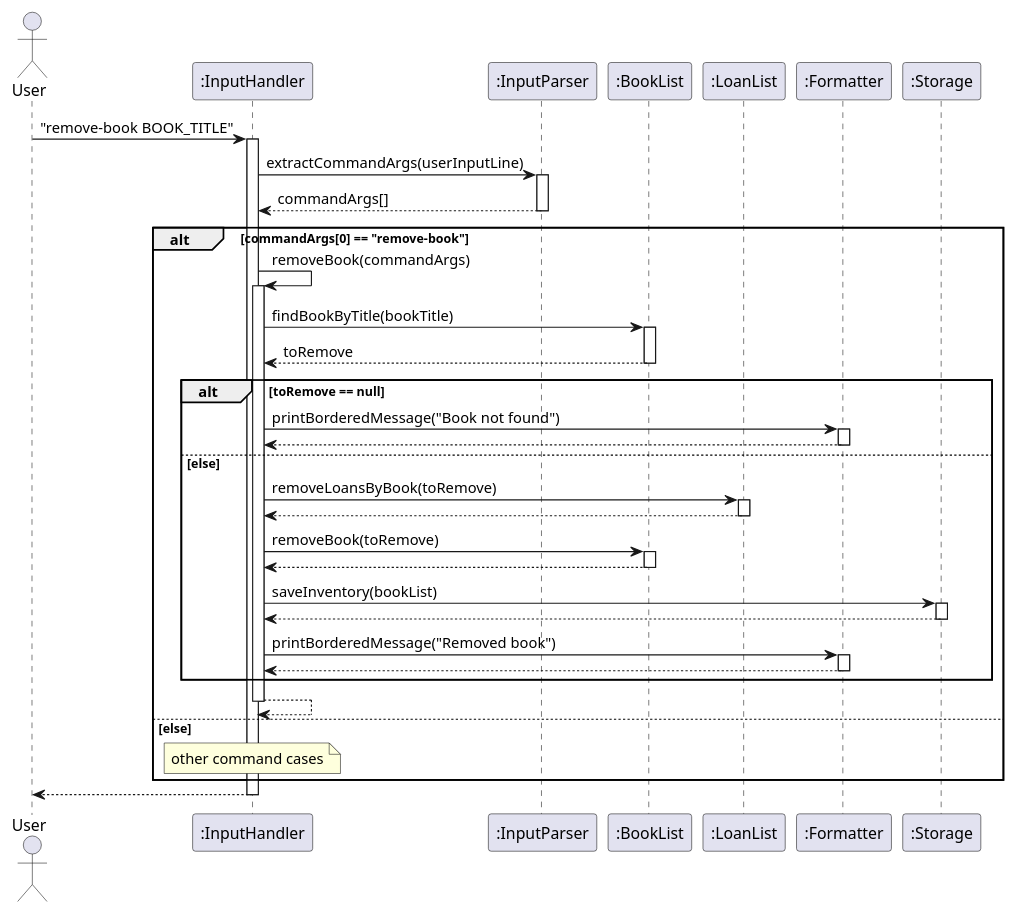
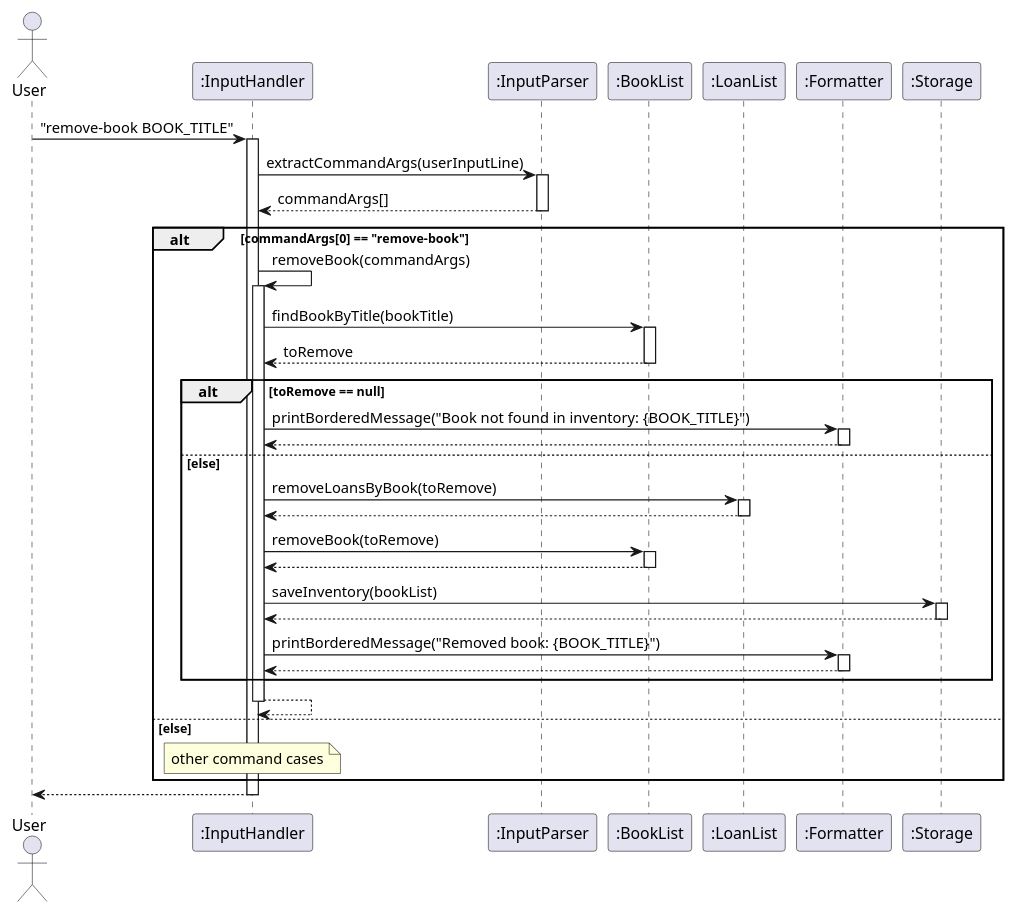
Before and after one commit to AY2425S2-CS2113-T12-2/tp: the diagram in docs/diagrams/removeBook.puml, drawn with PlantUML.

Commit message:
edit success message printing in sequence diagram for removebook to reflect actual output

```diff
--- a/docs/diagrams/removeBook.puml
+++ b/docs/diagrams/removeBook.puml
@@ -1,59 +1,59 @@
 @startuml
 actor User
 participant InputHandler as ":InputHandler"
 participant InputParser as ":InputParser"
 participant BookList as ":BookList"
 participant LoanList as ":LoanList"
 participant Formatter as ":Formatter"
 participant Storage as ":Storage"
 
 User -> InputHandler: "remove-book BOOK_TITLE"
 activate InputHandler
 
     InputHandler -> InputParser: extractCommandArgs(userInputLine)
     activate InputParser
     InputParser --> InputHandler: commandArgs[]
     deactivate InputParser
     alt commandArgs[0] == "remove-book"
         InputHandler -> InputHandler: removeBook(commandArgs)
         activate InputHandler
         InputHandler -> BookList: findBookByTitle(bookTitle)
         activate BookList
         BookList --> InputHandler: toRemove
         deactivate BookList
         alt toRemove == null
-            InputHandler -> Formatter: printBorderedMessage("Book not found")
+            InputHandler -> Formatter: printBorderedMessage("Book not found in inventory: {BOOK_TITLE}")
             activate Formatter
             Formatter --> InputHandler
             deactivate Formatter
         else else
             InputHandler -> LoanList: removeLoansByBook(toRemove)
             activate LoanList
             LoanList --> InputHandler
             deactivate LoanList
 
             InputHandler -> BookList: removeBook(toRemove)
             activate BookList
             BookList --> InputHandler
             deactivate BookList
             InputHandler -> Storage: saveInventory(bookList)
             activate Storage
             Storage --> InputHandler
             deactivate Storage
-            InputHandler -> Formatter: printBorderedMessage("Removed book")
+            InputHandler -> Formatter: printBorderedMessage("Removed book: {BOOK_TITLE}")
             activate Formatter
             Formatter --> InputHandler
             deactivate Formatter
             end
             InputHandler --> InputHandler
             deactivate InputHandler
 
     else else
     note over InputHandler
     other command cases
     end note
     end
 
 InputHandler --> User
 deactivate InputHandler
 @enduml
```
